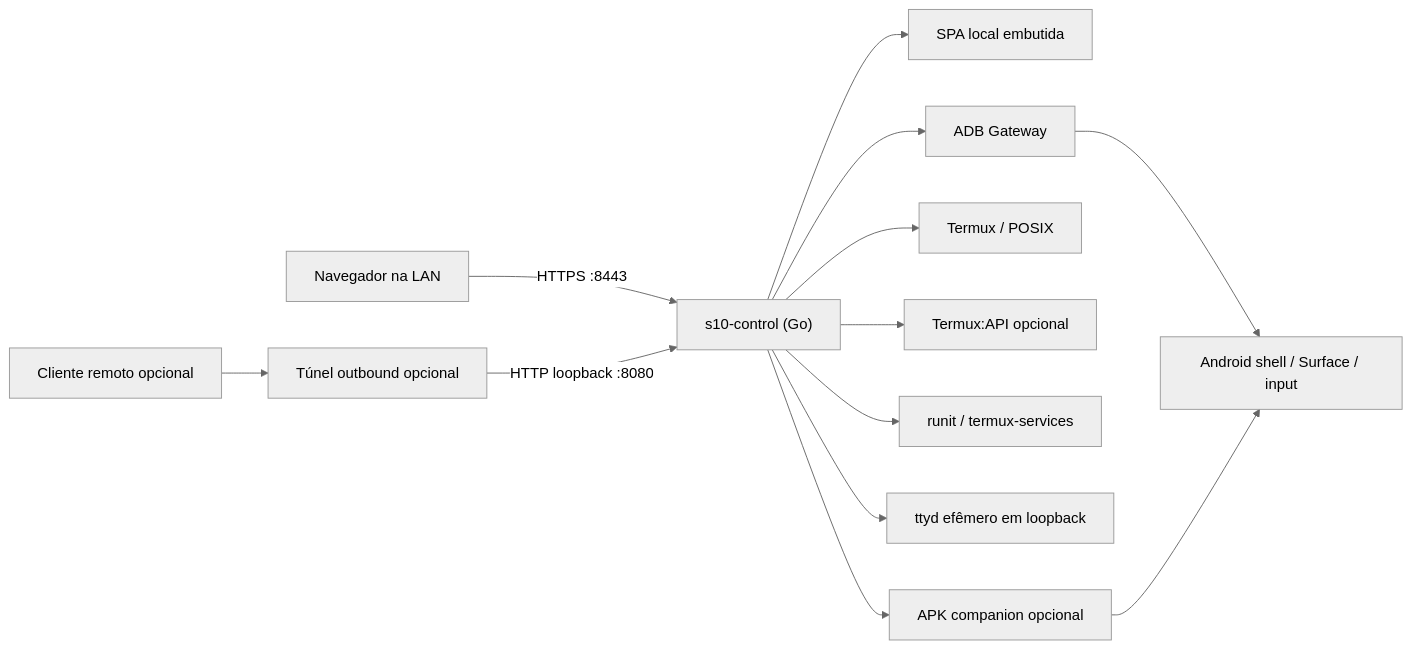
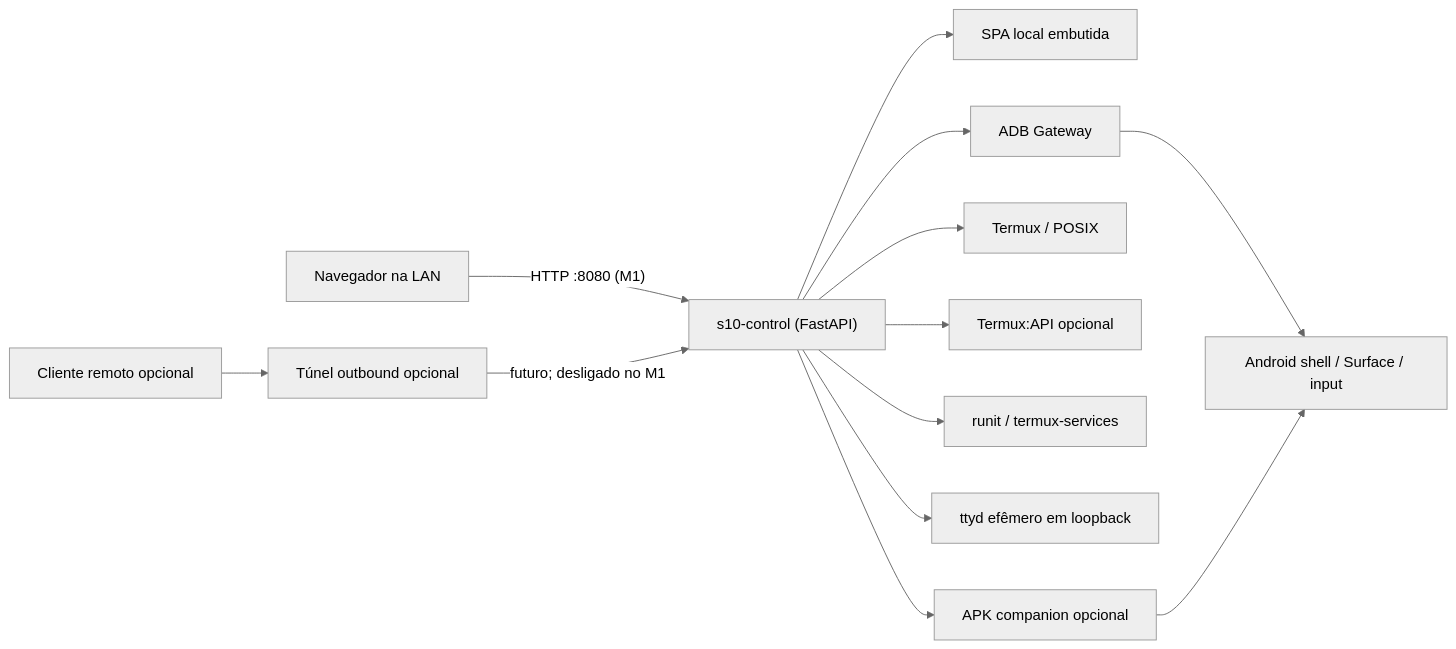
The diagram in ARCHITECTURE.md (LuisGeovani/TelefoneRemoto), drawn with Mermaid (neutral theme) before and after one commit. The commit also changed other lines of this file and 39 other files, not shown here.

````diff
--- a/ARCHITECTURE.md
+++ b/ARCHITECTURE.md
@@ -17,17 +17,17 @@
 ```mermaid
 flowchart LR
-    lan["Navegador na LAN"] -->|"HTTPS :8443"| core["s10-control (Go)"]
+    lan["Navegador na LAN"] -->|"HTTP :8080 (M1)"| core["s10-control (FastAPI)"]
     remote["Cliente remoto opcional"] --> tunnel["Túnel outbound opcional"]
-    tunnel -->|"HTTP loopback :8080"| core
+    tunnel -->|"futuro; desligado no M1"| core
 
     core --> ui["SPA local embutida"]
     core --> adb["ADB Gateway"]
     core --> local["Termux / POSIX"]
     core --> api["Termux:API opcional"]
     core --> runit["runit / termux-services"]
     core --> ttyd["ttyd efêmero em loopback"]
     core --> companion["APK companion opcional"]
 
     adb --> android["Android shell / Surface / input"]
     companion --> android
 ```
````
